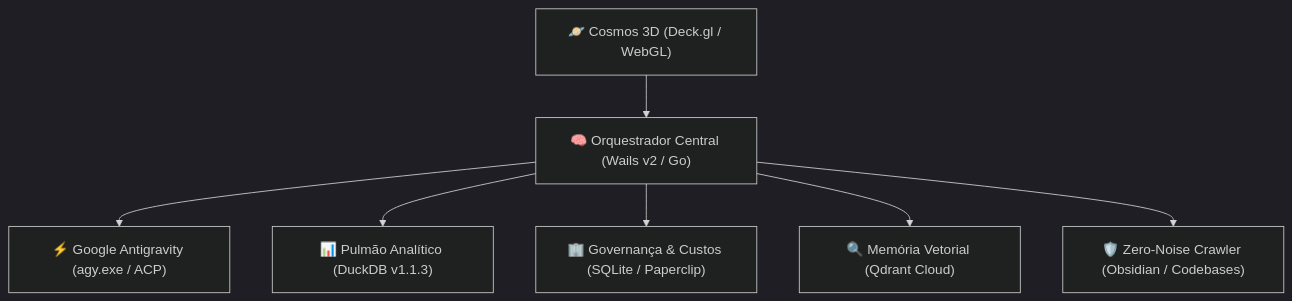
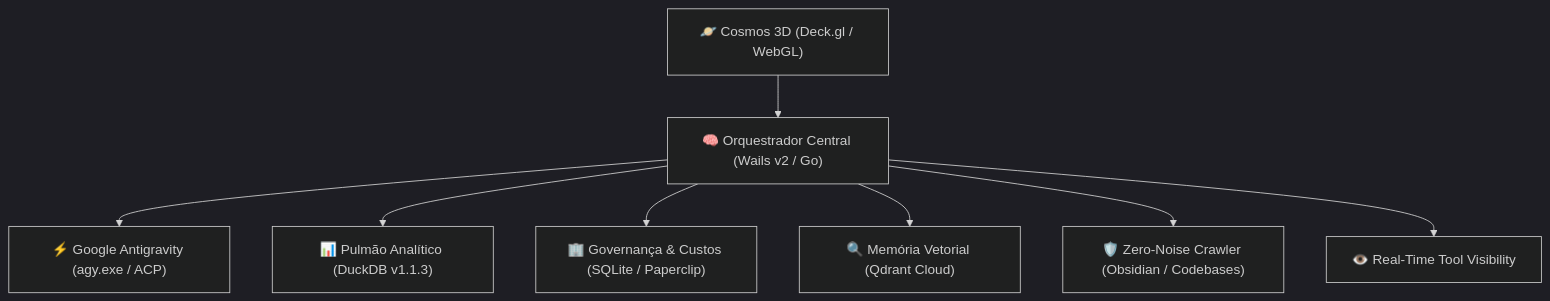
Before and after one commit to jvkabum/Lumaestro: the diagram in README.md, drawn with Mermaid (dark theme). The commit also changed other lines of this file, not shown here.

First line of the commit message:
docs: README — add real-time tool visibility

````diff
--- a/README.md
+++ b/README.md
@@ -20,9 +20,10 @@
 ```mermaid
 graph TD
     A["🪐 Cosmos 3D (Deck.gl / WebGL)"] --> B["🧠 Orquestrador Central (Wails v2 / Go)"]
     B --> C["⚡ Google Antigravity (agy.exe / ACP)"]
     B --> D["📊 Pulmão Analítico (DuckDB v1.1.3)"]
     B --> E["🏢 Governança & Custos (SQLite / Paperclip)"]
     B --> F["🔍 Memória Vetorial (Qdrant Cloud)"]
     B --> G["🛡️ Zero-Noise Crawler (Obsidian / Codebases)"]
+    B --> H["👁️ Real-Time Tool Visibility"]
 ```
````
